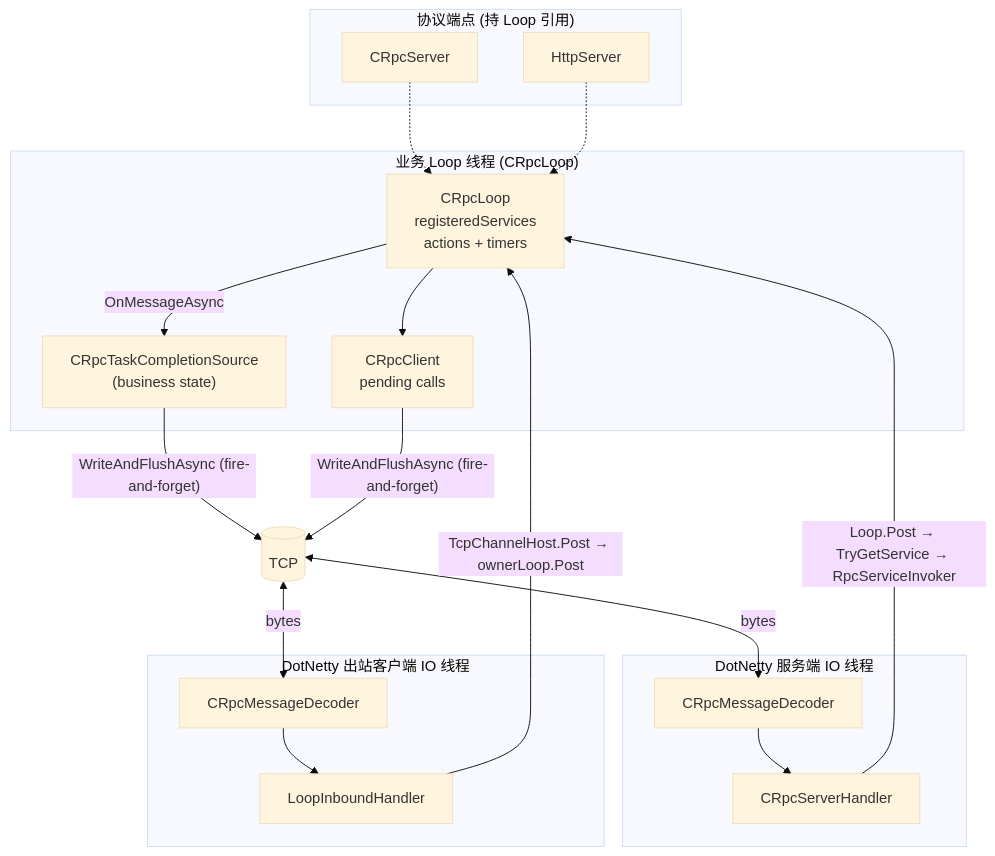
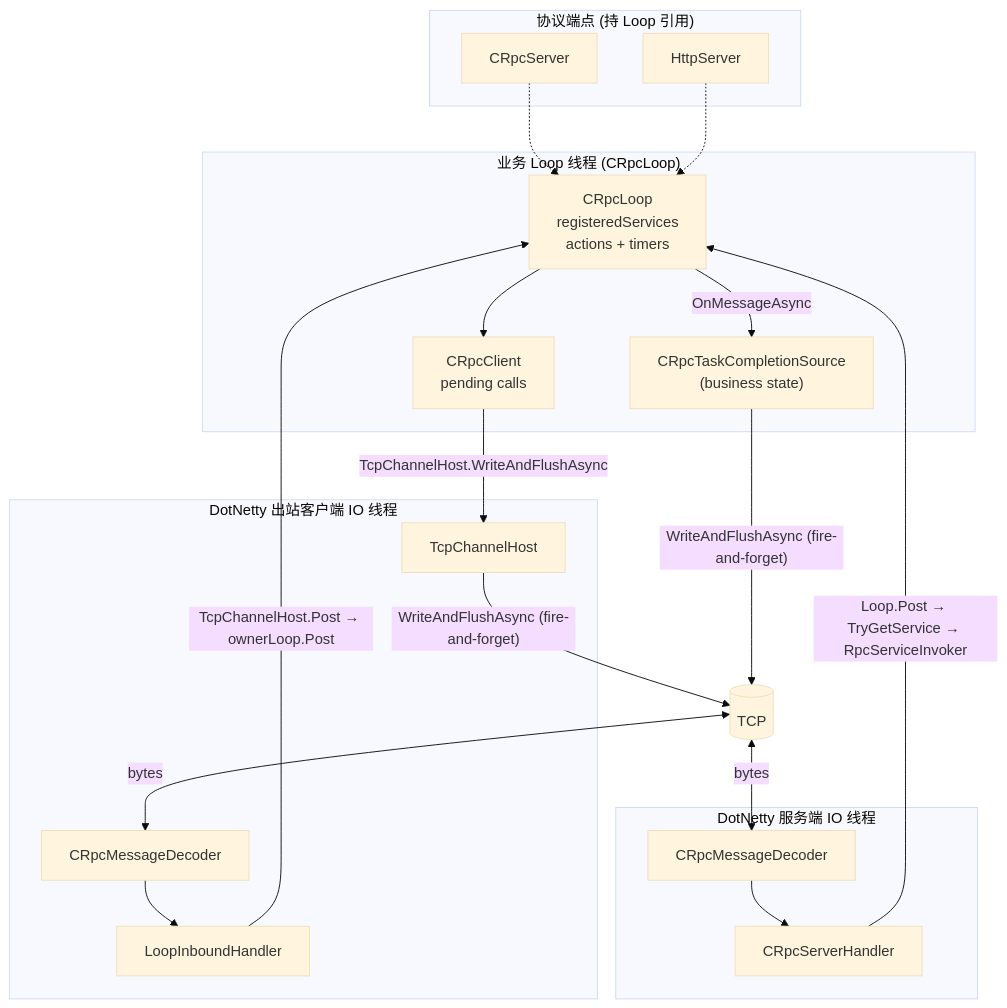
The first of 5 diagrams in Doc/architecture-draft.md (orientye/orientdotnet), drawn with Mermaid (base theme) before and after one commit. The commit also changed other lines of this file, not shown here.

````diff
--- a/Doc/architecture-draft.md
+++ b/Doc/architecture-draft.md
@@ -127,37 +136,39 @@
 ```mermaid
 flowchart TB
     subgraph BusinessLoopThread["业务 Loop 线程 (CRpcLoop)"]
         Loop["CRpcLoop<br/>registeredServices<br/>actions + timers"]
         Client["CRpcClient<br/>pending calls"]
         TCS["CRpcTaskCompletionSource<br/>(business state)"]
     end
 
     subgraph Endpoints["协议端点 (持 Loop 引用)"]
         CrpcSrv["CRpcServer"]
         HttpSrv["HttpServer"]
     end
 
     subgraph NettyServer["DotNetty 服务端 IO 线程"]
         SH[CRpcServerHandler]
         DecS[CRpcMessageDecoder]
     end
 
     subgraph NettyClient["DotNetty 出站客户端 IO 线程"]
+        Host[TcpChannelHost]
         LIH[LoopInboundHandler]
         DecC[CRpcMessageDecoder]
     end
 
     Net[(TCP)]
 
     CrpcSrv -.-> Loop
     HttpSrv -.-> Loop
     Net <-- bytes --> DecS --> SH
     SH -- "Loop.Post → TryGetService → RpcServiceInvoker" --> Loop
     Loop -- "OnMessageAsync" --> TCS
     TCS -- "WriteAndFlushAsync (fire-and-forget)" --> Net
 
     Net <-- bytes --> DecC --> LIH
     LIH -- "TcpChannelHost.Post → ownerLoop.Post" --> Loop
     Loop --> Client
-    Client -- "WriteAndFlushAsync (fire-and-forget)" --> Net
+    Client -- "TcpChannelHost.WriteAndFlushAsync" --> Host
+    Host -- "WriteAndFlushAsync (fire-and-forget)" --> Net
 ```
````
